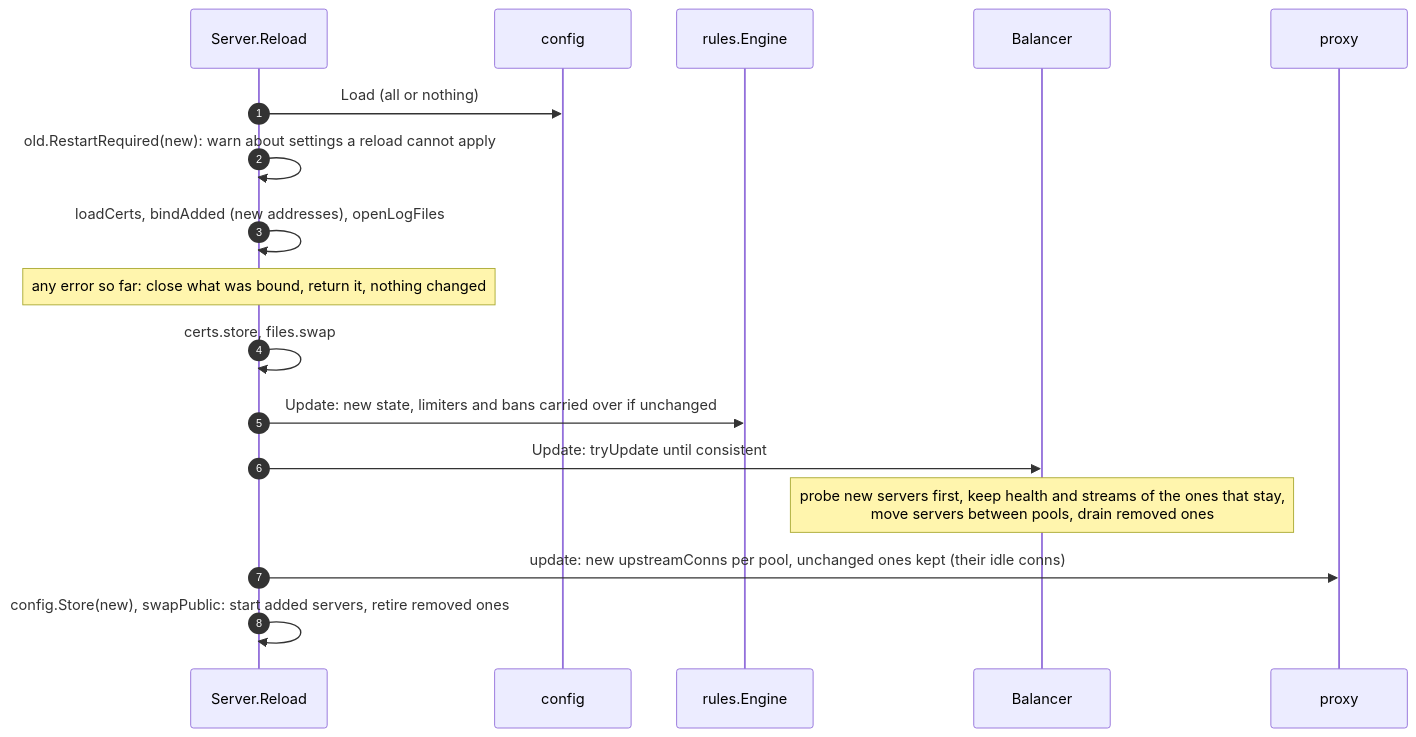
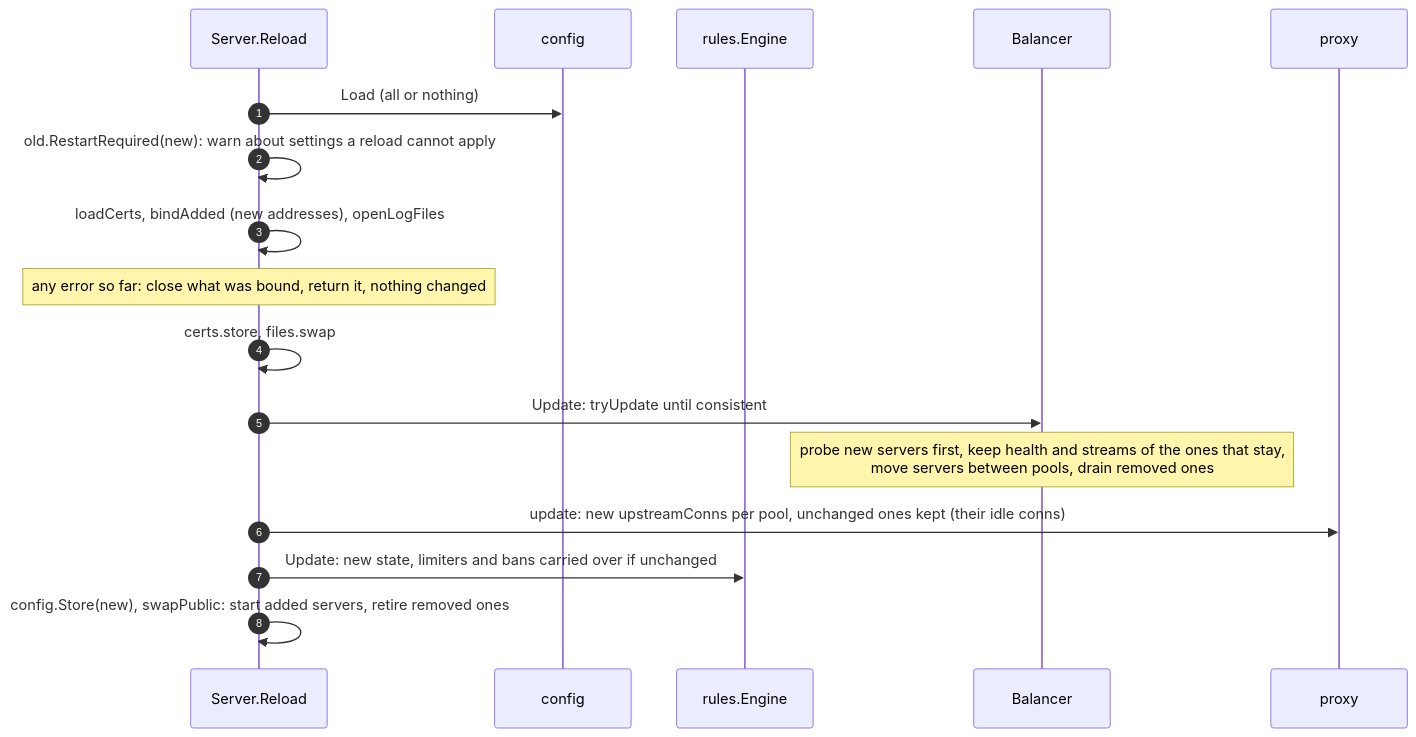
One commit to binwiederhier/ntlb changed the ninth of 10 diagrams in docs/code.md. Above: the diagram before and after it, drawn with Mermaid. The commit also changed other lines of this file and 2 other files, not shown here.

````diff
--- a/docs/code.md
+++ b/docs/code.md
@@ -450,19 +450,19 @@
 ```mermaid
 sequenceDiagram
     autonumber
     participant R as Server.Reload
     participant CF as config
     participant E as rules.Engine
     participant B as Balancer
     participant P as proxy
     R->>CF: Load (all or nothing)
     R->>R: old.RestartRequired(new): warn about settings a reload cannot apply
     R->>R: loadCerts, bindAdded (new addresses), openLogFiles
     Note over R: any error so far: close what was bound, return it, nothing changed
     R->>R: certs.store, files.swap
-    R->>E: Update: new state, limiters and bans carried over if unchanged
     R->>B: Update: tryUpdate until consistent
     Note over B: probe new servers first, keep health and streams of the ones that stay,<br/>move servers between pools, drain removed ones
     R->>P: update: new upstreamConns per pool, unchanged ones kept (their idle conns)
+    R->>E: Update: new state, limiters and bans carried over if unchanged
     R->>R: config.Store(new), swapPublic: start added servers, retire removed ones
 ```
````
